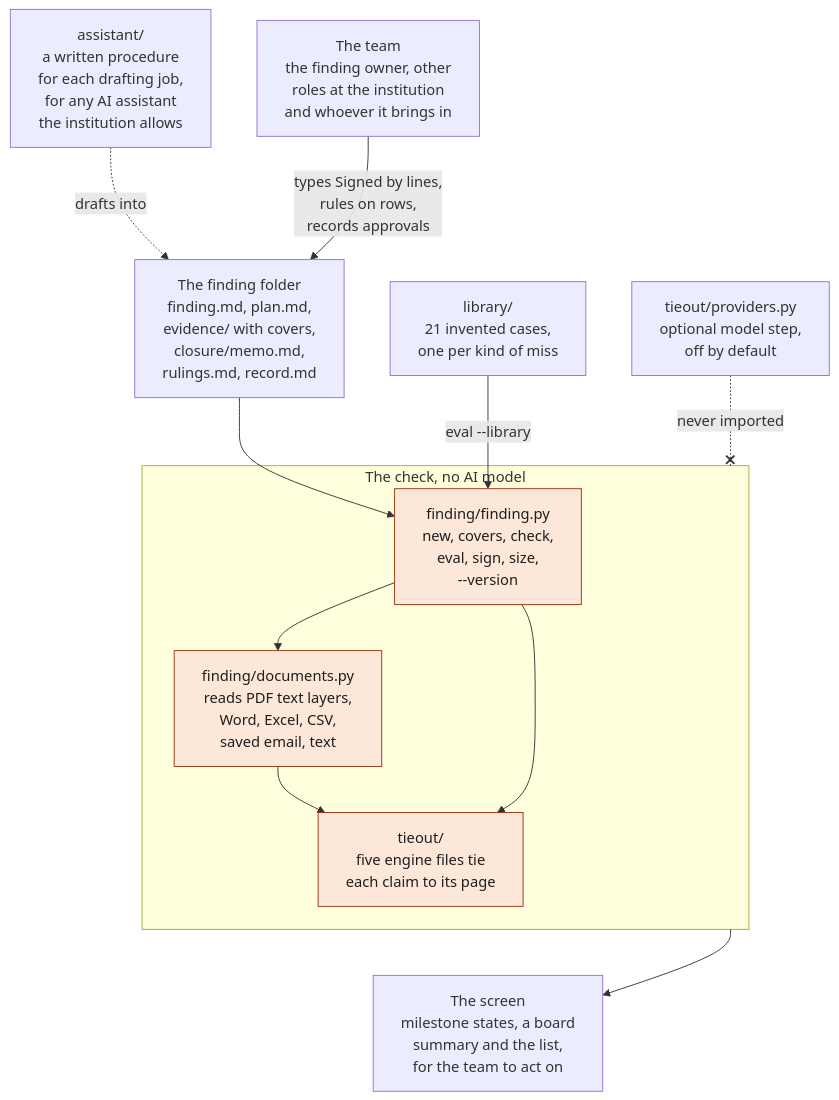
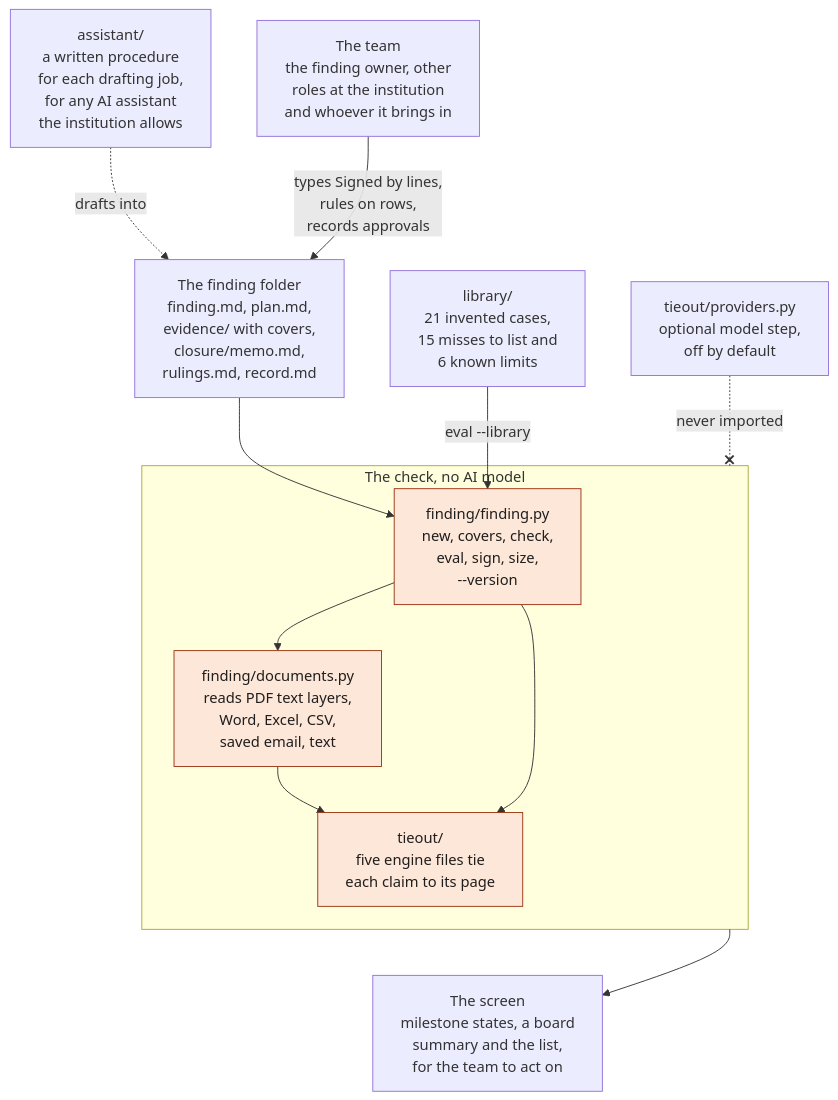
One commit to avinashsaraswat/regrem-engine changed the third of 3 diagrams in docs/how-it-works.md. Above: the diagram before and after it, drawn with Mermaid. The commit also changed 2 other files, not shown here.

Commit message:
Describe the front page as an agent harness for regulatory remediation, link the walkthrough, and state the library's 15 misses and 6 known limits

````diff
--- a/docs/how-it-works.md
+++ b/docs/how-it-works.md
@@ -67,25 +67,25 @@
 ```mermaid
 flowchart TD
     P["The team<br/>the finding owner, other<br/>roles at the institution<br/>and whoever it brings in"]
     AS["assistant/<br/>a written procedure<br/>for each drafting job,<br/>for any AI assistant<br/>the institution allows"]
     FD["The finding folder<br/>finding.md, plan.md,<br/>evidence/ with covers,<br/>closure/memo.md,<br/>rulings.md, record.md"]
     subgraph check["The check, no AI model"]
         FT["finding/finding.py<br/>new, covers, check,<br/>eval, sign, size,<br/>--version"]
         DR["finding/documents.py<br/>reads PDF text layers,<br/>Word, Excel, CSV,<br/>saved email, text"]
         EN["tieout/<br/>five engine files tie<br/>each claim to its page"]
         FT --> DR --> EN
         FT --> EN
     end
-    LIB["library/<br/>21 invented cases,<br/>one per kind of miss"]
+    LIB["library/<br/>21 invented cases,<br/>15 misses to list and<br/>6 known limits"]
     PR["tieout/providers.py<br/>optional model step,<br/>off by default"]
     OUT["The screen<br/>milestone states, a board<br/>summary and the list,<br/>for the team to act on"]
     AS -.->|drafts into| FD
     P -->|types Signed by lines,<br/>rules on rows,<br/>records approvals| FD
     FD --> FT
     LIB -->|eval --library| FT
     PR -.-x|never imported| check
     check --> OUT
     EN ~~~ OUT
     classDef shade fill:#fde7d9,stroke:#9a3412,color:#1f1e1d
     class FT,DR,EN shade
 ```
````
